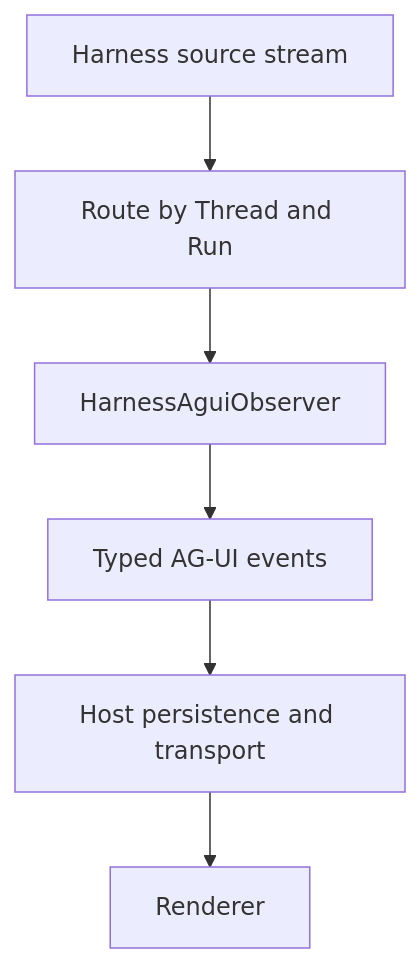
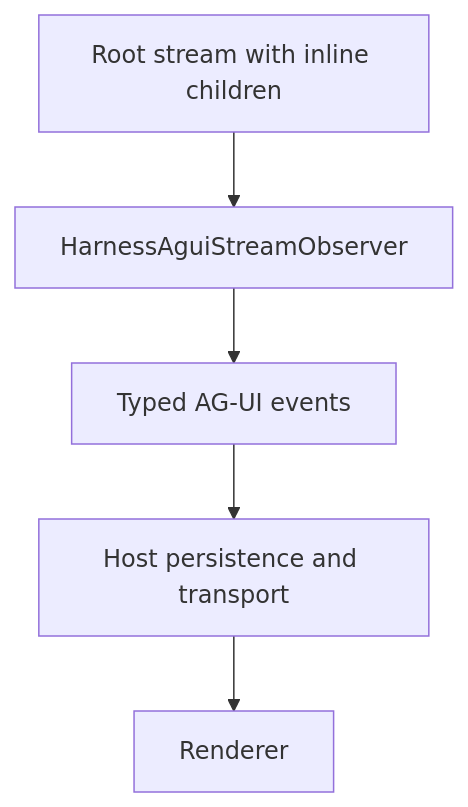
The diagram in docs/a13n-stream-protocol/index.md (converge-ai-labs/agent-foundation), drawn with Mermaid before and after one commit. The commit also changed other lines of this file and 90 other files, not shown here.

````diff
--- a/docs/a13n-stream-protocol/index.md
+++ b/docs/a13n-stream-protocol/index.md
@@ -19,8 +19,7 @@
 ```mermaid
 flowchart TB
-    Run["Harness source stream"] --> Router["Route by Thread and Run"]
-    Router --> Observer["HarnessAguiObserver"]
+    Run["Root stream with inline children"] --> Observer["HarnessAguiStreamObserver"]
     Observer --> Events["Typed AG-UI events"]
     Events --> Host["Host persistence and transport"]
     Host --> UI["Renderer"]
 ```
````
